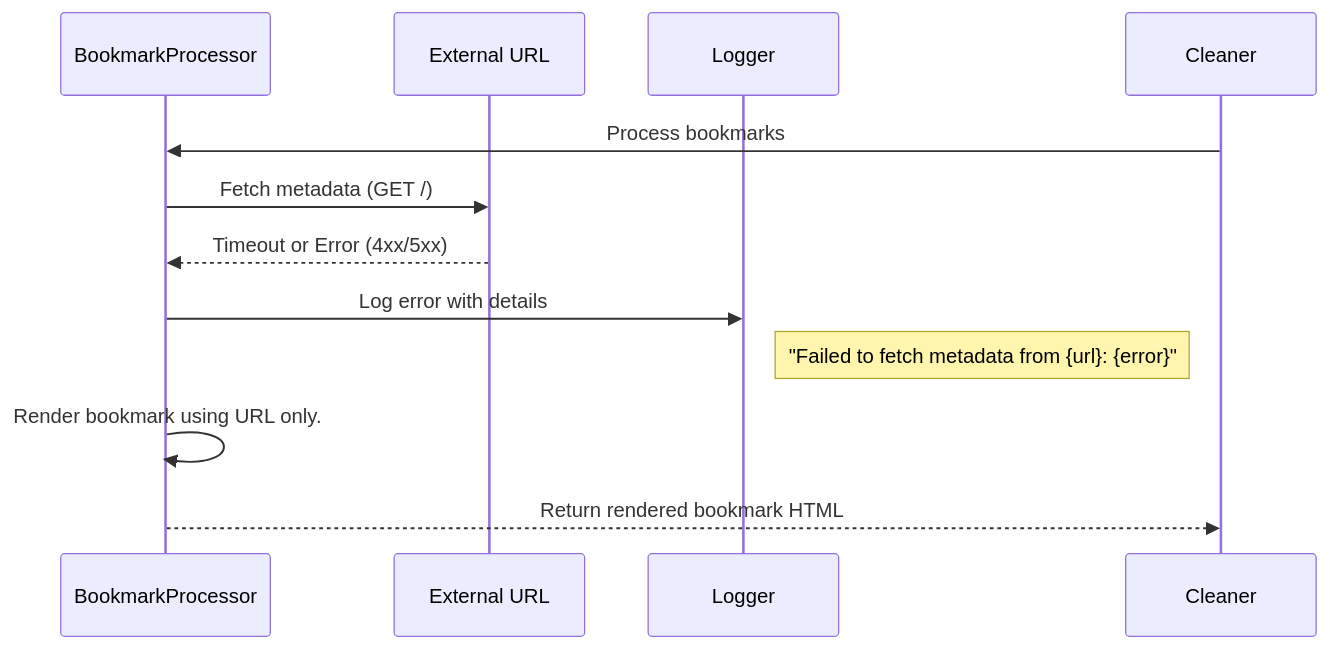
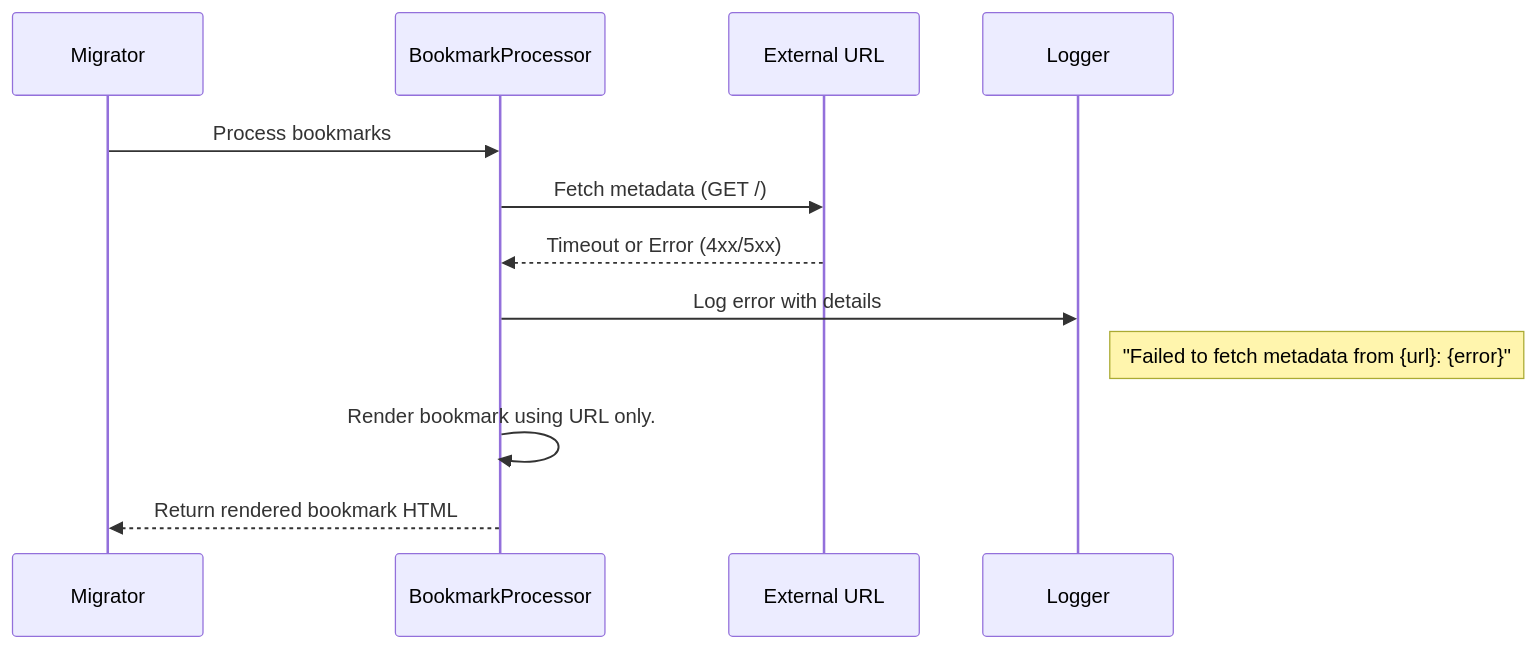
Before and after one commit to ramen4598/Tistory2WordPress: the third of 3 diagrams in specs/007-cli-help-option/sequence-diagram.md, drawn with Mermaid. The commit also changed other lines of this file and 8 other files, not shown here.

````diff
--- a/specs/007-cli-help-option/sequence-diagram.md
+++ b/specs/007-cli-help-option/sequence-diagram.md
@@ -80,15 +84,15 @@
 ```mermaid
 sequenceDiagram
+    participant Migrator
     participant BookmarkProcessor
     participant External URL
     participant Logger
-    participant Cleaner
 
-    Cleaner->>BookmarkProcessor: Process bookmarks
+    Migrator->>BookmarkProcessor: Process bookmarks
     BookmarkProcessor->>External URL: Fetch metadata (GET /)
     External URL-->>BookmarkProcessor: Timeout or Error (4xx/5xx)
     BookmarkProcessor->>Logger: Log error with details
     Note right of Logger: "Failed to fetch metadata from {url}: {error}"
     BookmarkProcessor->>BookmarkProcessor: Render bookmark using URL only.
-    BookmarkProcessor-->>Cleaner: Return rendered bookmark HTML
+    BookmarkProcessor-->>Migrator: Return rendered bookmark HTML
 ```
````
